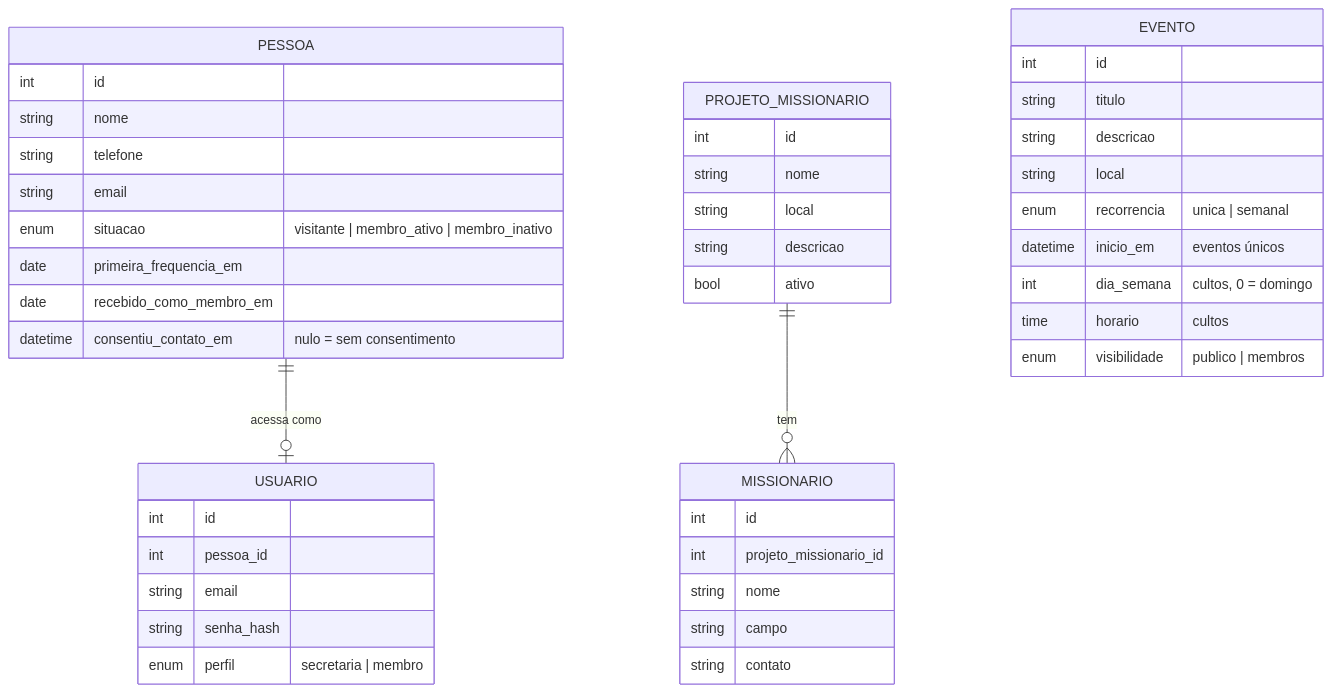
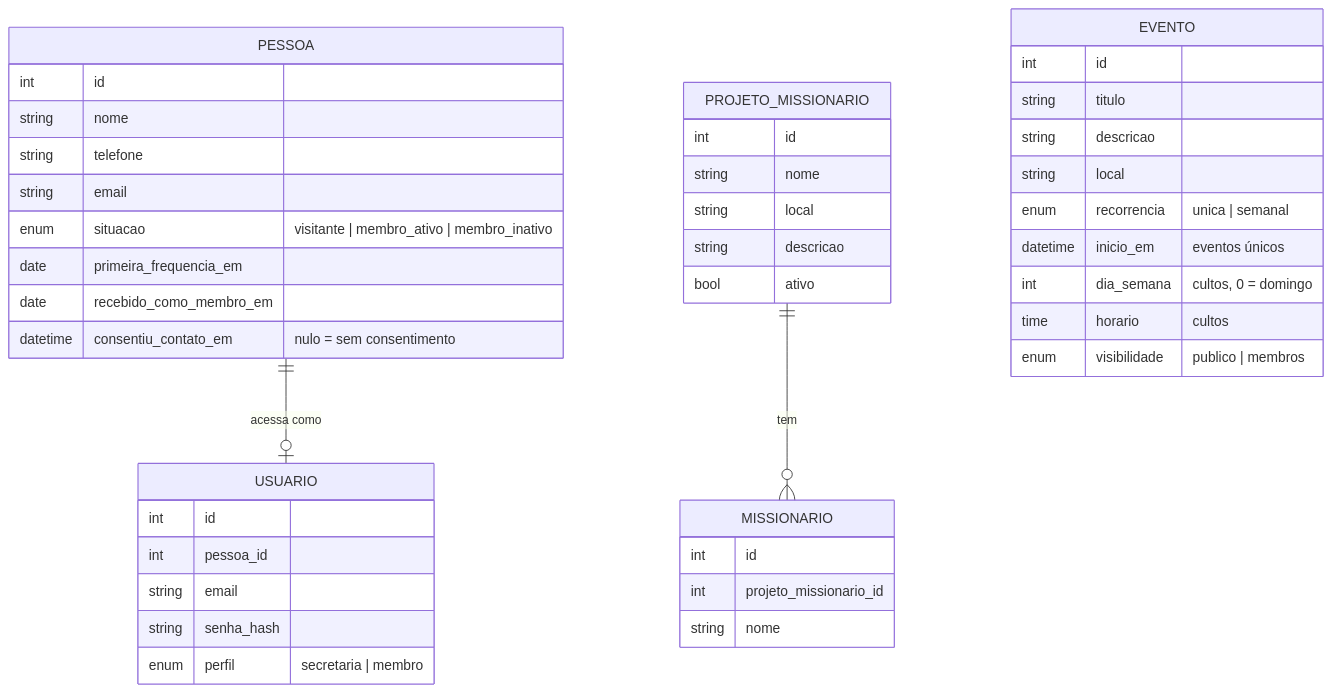
The diagram in ep2-fundamentacao-e-desenho-mvp.md (silas-batista/rebanho), drawn with Mermaid before and after one commit. The commit also changed other lines of this file, not shown here.

Commit message:
docs: simplify missionary entity in the data model

````diff
--- a/ep2-fundamentacao-e-desenho-mvp.md
+++ b/ep2-fundamentacao-e-desenho-mvp.md
@@ -106,48 +106,46 @@
 ```mermaid
 erDiagram
   PESSOA ||--o| USUARIO : "acessa como"
   PROJETO_MISSIONARIO ||--o{ MISSIONARIO : "tem"
 
   PESSOA {
     int id
     string nome
     string telefone
     string email
     enum situacao "visitante | membro_ativo | membro_inativo"
     date primeira_frequencia_em
     date recebido_como_membro_em
     datetime consentiu_contato_em "nulo = sem consentimento"
   }
   USUARIO {
     int id
     int pessoa_id
     string email
     string senha_hash
     enum perfil "secretaria | membro"
   }
   EVENTO {
     int id
     string titulo
     string descricao
     string local
     enum recorrencia "unica | semanal"
     datetime inicio_em "eventos únicos"
     int dia_semana "cultos, 0 = domingo"
     time horario "cultos"
     enum visibilidade "publico | membros"
   }
   PROJETO_MISSIONARIO {
     int id
     string nome
     string local
     string descricao
     bool ativo
   }
   MISSIONARIO {
     int id
     int projeto_missionario_id
     string nome
-    string campo
-    string contato
   }
 ```
````
